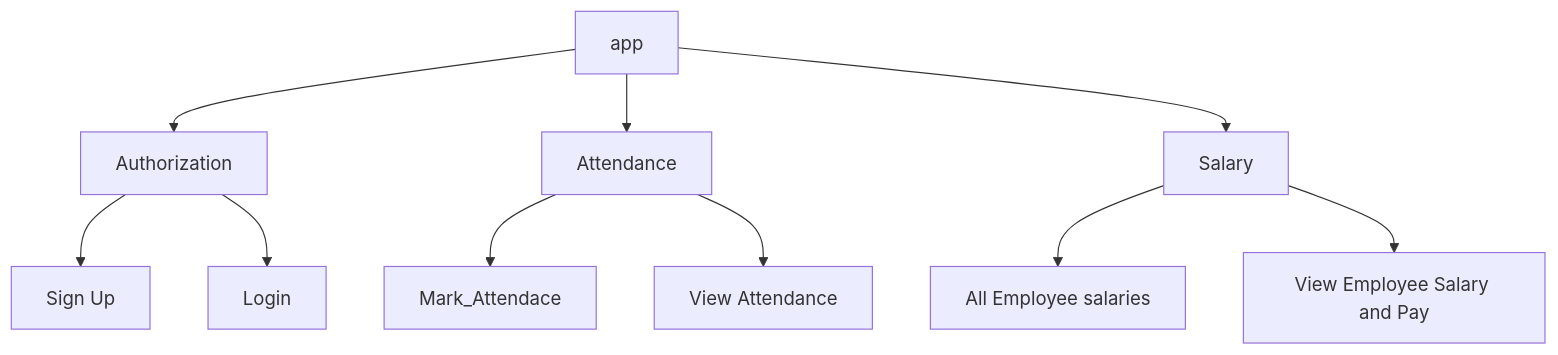
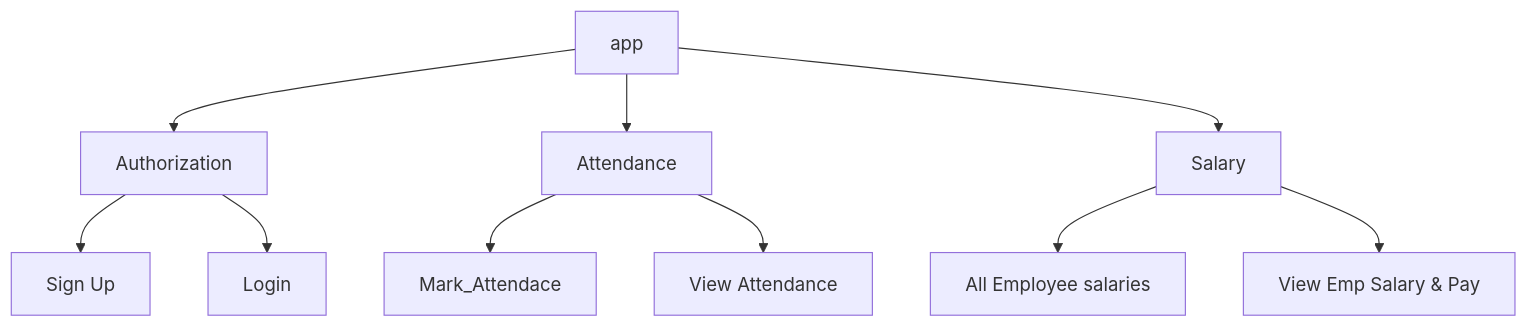
One commit to Saikiran-Erukonda/Powerstep-EMSE-Flask-app changed the second of 2 diagrams in README.md. Above: the diagram before and after it, drawn with Mermaid.

````diff
--- a/README.md
+++ b/README.md
@@ -52,11 +52,11 @@
 ```mermaid
 graph
     A[app] --> B[Authorization]--> E[Sign Up]
     A --> C[Attendance]
     C --> G[Mark_Attendace]
     C --> H[View Attendance]
     B --> F[Login]
     A --> D[Salary]
     D --> I[All Employee salaries]
-    D --> J[View Employee Salary and Pay] 
+    D --> J[View Emp Salary & Pay] 
 ```
````
